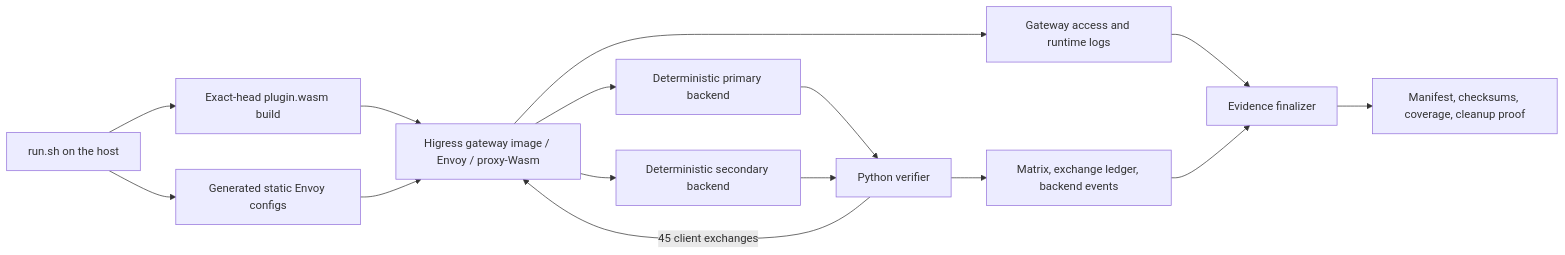
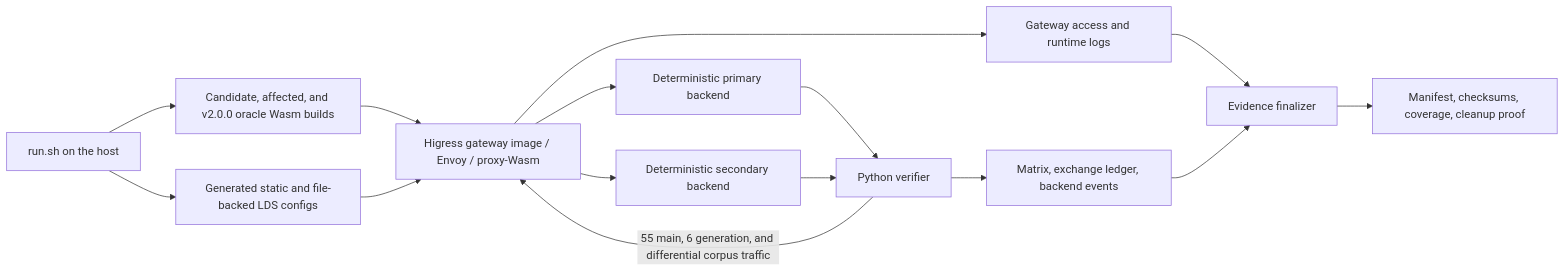
Before and after one commit to alibaba/higress: the diagram in plugins/wasm-go/extensions/mcp-server/testdata/runtime-verification/README.md, drawn with Mermaid. The commit also changed other lines of this file and 27 other files, not shown here.

First line of the commit message:
fix(mcp-server): preserve legacy schema compatibility (#4625)

````diff
--- a/plugins/wasm-go/extensions/mcp-server/testdata/runtime-verification/README.md
+++ b/plugins/wasm-go/extensions/mcp-server/testdata/runtime-verification/README.md
@@ -42,17 +63,17 @@
 ```mermaid
 flowchart LR
-    R["run.sh on the host"] --> W["Exact-head plugin.wasm build"]
-    R --> G["Generated static Envoy configs"]
+    R["run.sh on the host"] --> W["Candidate, affected, and v2.0.0 oracle Wasm builds"]
+    R --> G["Generated static and file-backed LDS configs"]
     W --> E["Higress gateway image / Envoy / proxy-Wasm"]
     G --> E
-    V["Python verifier"] -->|"45 client exchanges"| E
+    V["Python verifier"] -->|"55 main, 6 generation, and differential corpus traffic"| E
     E --> P["Deterministic primary backend"]
     E --> S["Deterministic secondary backend"]
     P --> V
     S --> V
     E --> L["Gateway access and runtime logs"]
     V --> M["Matrix, exchange ledger, backend events"]
     L --> F["Evidence finalizer"]
     M --> F
     F --> O["Manifest, checksums, coverage, cleanup proof"]
 ```
````
